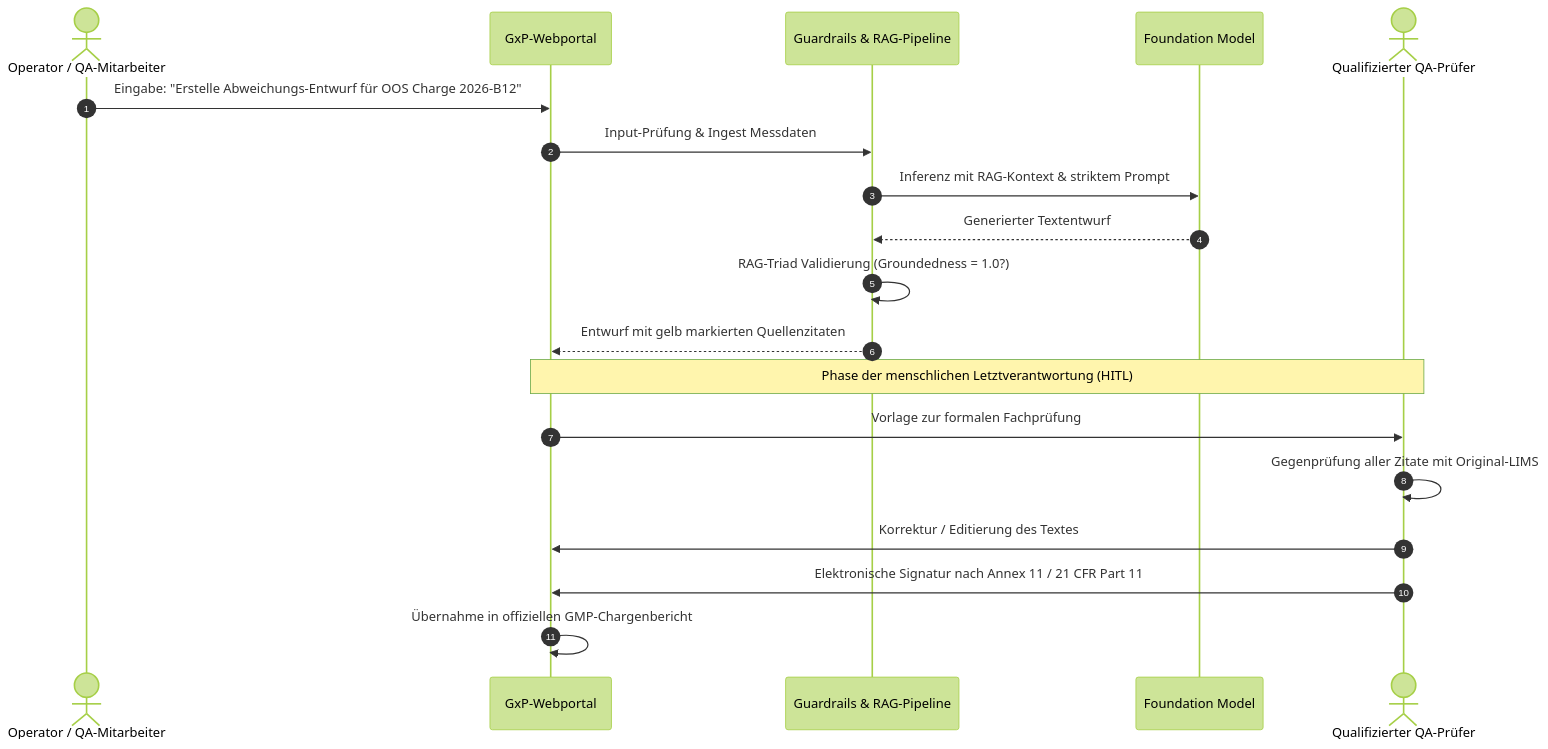
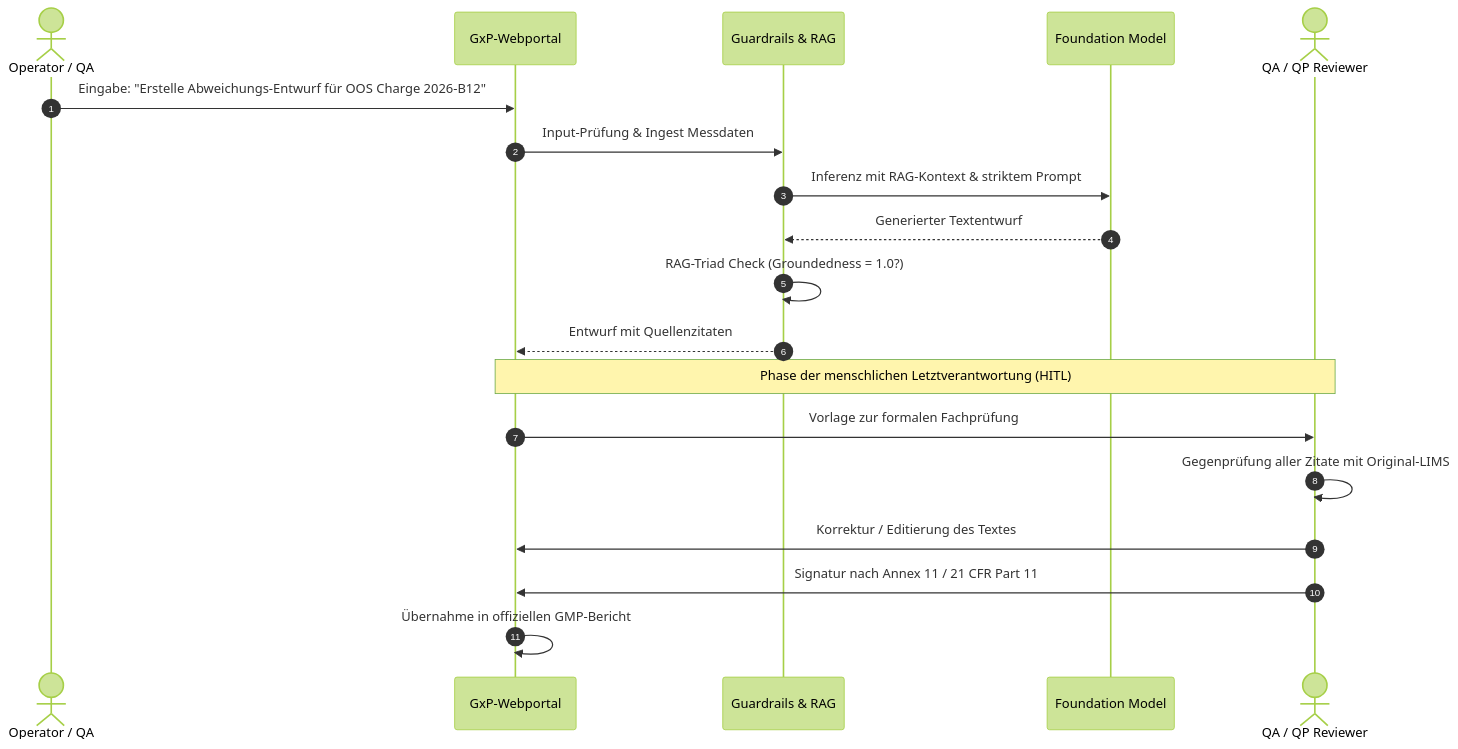
Before and after one commit to Lunaman06/Annex22: the third of 3 diagrams in docs/de/appendix_genai_rag_gxp.md, drawn with Mermaid (forest theme). The commit also changed other lines of this file and 29 other files, not shown here.

Commit message:
style(docs): optimize mermaid diagram aspect ratios, edge flows and legibility across all DE and EN modules

````diff
--- a/docs/de/appendix_genai_rag_gxp.md
+++ b/docs/de/appendix_genai_rag_gxp.md
@@ -151,22 +162,22 @@
 ```mermaid
 sequenceDiagram
     autonumber
-    actor User as Operator / QA-Mitarbeiter
+    actor User as Operator / QA
     participant UI as GxP-Webportal
-    participant Guard as Guardrails & RAG-Pipeline
+    participant Guard as Guardrails & RAG
     participant LLM as Foundation Model
-    actor Reviewer as Qualifizierter QA-Prüfer
+    actor Reviewer as QA / QP Reviewer
 
     User->>UI: Eingabe: "Erstelle Abweichungs-Entwurf für OOS Charge 2026-B12"
     UI->>Guard: Input-Prüfung & Ingest Messdaten
     Guard->>LLM: Inferenz mit RAG-Kontext & striktem Prompt
     LLM-->>Guard: Generierter Textentwurf
-    Guard->>Guard: RAG-Triad Validierung (Groundedness = 1.0?)
-    Guard-->>UI: Entwurf mit gelb markierten Quellenzitaten
+    Guard->>Guard: RAG-Triad Check (Groundedness = 1.0?)
+    Guard-->>UI: Entwurf mit Quellenzitaten
     Note over UI,Reviewer: Phase der menschlichen Letztverantwortung (HITL)
     UI->>Reviewer: Vorlage zur formalen Fachprüfung
     Reviewer->>Reviewer: Gegenprüfung aller Zitate mit Original-LIMS
     Reviewer->>UI: Korrektur / Editierung des Textes
-    Reviewer->>UI: Elektronische Signatur nach Annex 11 / 21 CFR Part 11
-    UI->>UI: Übernahme in offiziellen GMP-Chargenbericht
+    Reviewer->>UI: Signatur nach Annex 11 / 21 CFR Part 11
+    UI->>UI: Übernahme in offiziellen GMP-Bericht
 ```
````
